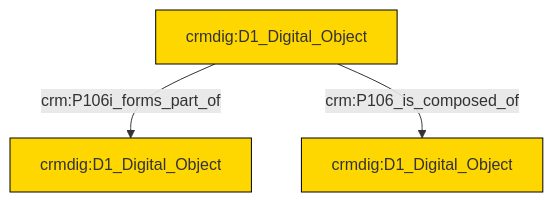
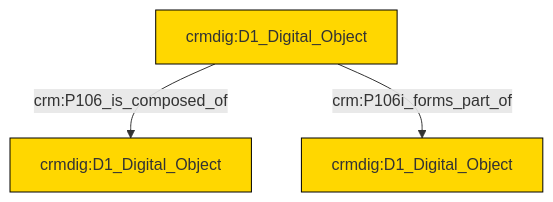
The diagram in et/doCSV/ttl/mmd/do_parthood.ttl.mmd (swiss-art-research-net/reference-data-models), drawn with Mermaid before and after one commit. The commit also changed 129 other files, not shown here.

```diff
--- a/et/doCSV/ttl/mmd/do_parthood.ttl.mmd
+++ b/et/doCSV/ttl/mmd/do_parthood.ttl.mmd
@@ -1,17 +1,17 @@
 graph TD
 classDef Literal fill:#f2f2f2,stroke:#000000;
 classDef CRM_Entity fill:#FFFFFF,stroke:#000000;
 classDef Temporal_Entity fill:#00C9E6, stroke:#000000;
 classDef Type fill:#E18312, stroke:#000000;
 classDef Time-Span fill:#2C9C91, stroke:#000000;
 classDef Appellation fill:#FFEB7F, stroke:#000000;
 classDef Place fill:#008836, stroke:#000000;
 classDef Persistent_Item fill:#B266B2, stroke:#000000;
 classDef Conceptual_Object fill:#FFD700, stroke:#000000;
 classDef Physical_Thing fill:#D2B48C, stroke:#000000;
 classDef Actor fill:#f58aad, stroke:#000000;
 classDef PC_Classes fill:#4ce600, stroke:#000000;
 classDef Multi fill:#cccccc,stroke:#000000;
 
-0["crmdig:D1_Digital_Object"]:::Conceptual_Object -->|crm:P106i_forms_part_of| 2["crmdig:D1_Digital_Object"]:::Conceptual_Object
-0["crmdig:D1_Digital_Object"]:::Conceptual_Object -->|crm:P106_is_composed_of| 4["crmdig:D1_Digital_Object"]:::Conceptual_Object
+0["crmdig:D1_Digital_Object"]:::Conceptual_Object -->|crm:P106_is_composed_of| 2["crmdig:D1_Digital_Object"]:::Conceptual_Object
+0["crmdig:D1_Digital_Object"]:::Conceptual_Object -->|crm:P106i_forms_part_of| 3["crmdig:D1_Digital_Object"]:::Conceptual_Object
```
